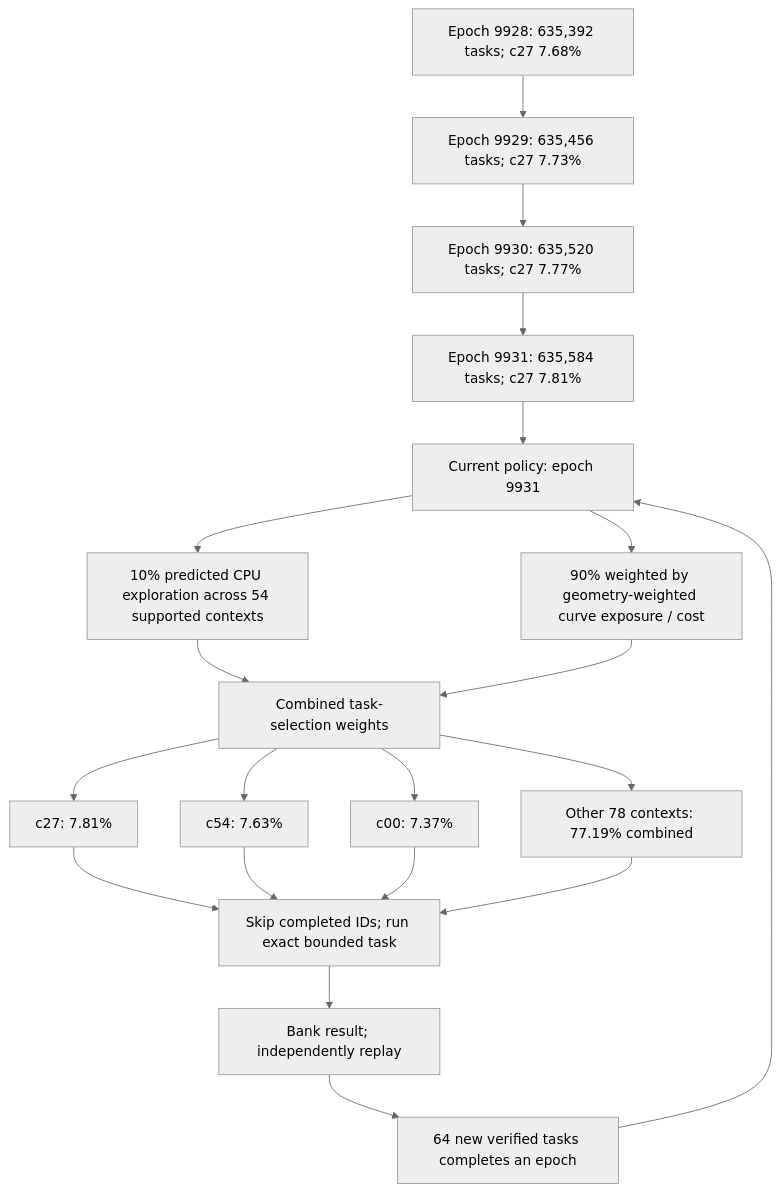
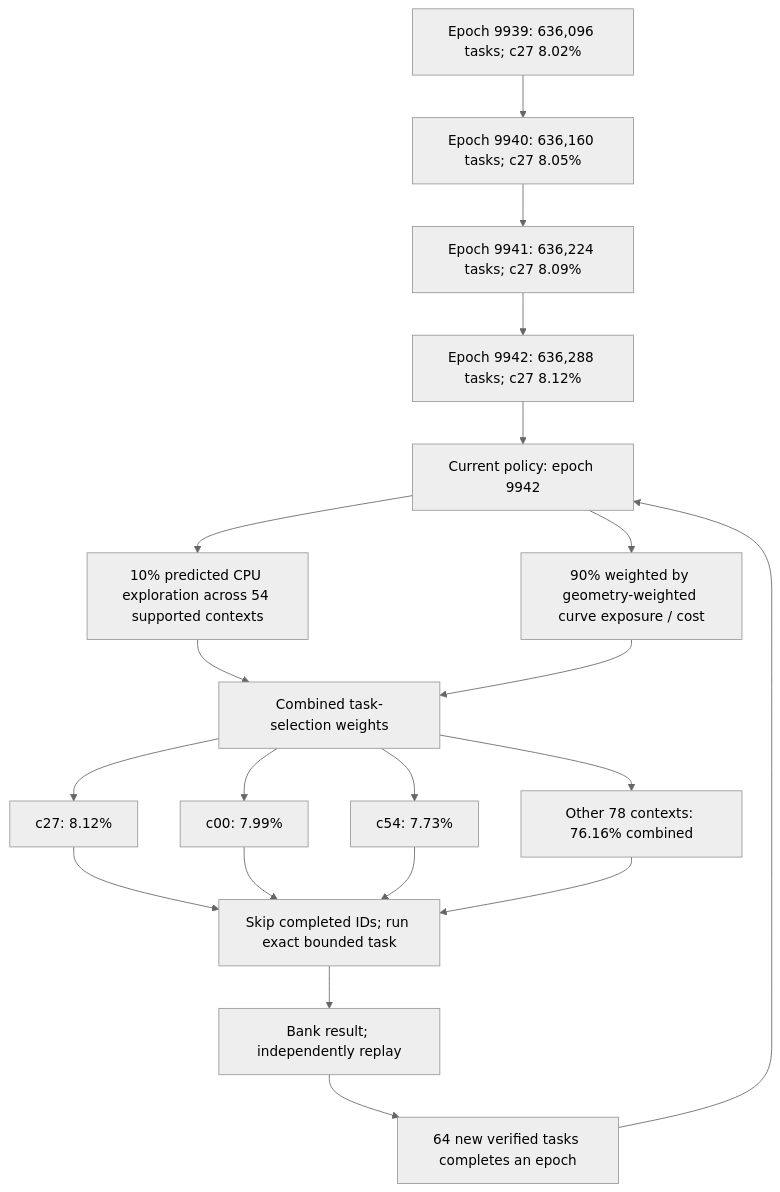
One commit to Kuberwastaken/math-gambling changed the first of 4 diagrams in README.md. Above: the diagram before and after it, drawn with Mermaid (neutral theme). The commit also changed other lines of this file and 1603 other files, not shown here.

````diff
--- a/README.md
+++ b/README.md
@@ -60,27 +60,27 @@
 ```mermaid
 flowchart TD
-    H0["Epoch 9928: 635,392 tasks; c27 7.68%"]
-    H1["Epoch 9929: 635,456 tasks; c27 7.73%"]
+    H0["Epoch 9939: 636,096 tasks; c27 8.02%"]
+    H1["Epoch 9940: 636,160 tasks; c27 8.05%"]
     H0 --> H1
-    H2["Epoch 9930: 635,520 tasks; c27 7.77%"]
+    H2["Epoch 9941: 636,224 tasks; c27 8.09%"]
     H1 --> H2
-    H3["Epoch 9931: 635,584 tasks; c27 7.81%"]
+    H3["Epoch 9942: 636,288 tasks; c27 8.12%"]
     H2 --> H3
-    Policy["Current policy: epoch 9931"]
+    Policy["Current policy: epoch 9942"]
     H3 --> Policy
     Policy --> Explore["10% predicted CPU exploration across 54 supported contexts"]
     Policy --> Cost["90% weighted by geometry-weighted curve exposure / cost"]
     Explore --> Mix["Combined task-selection weights"]
     Cost --> Mix
-    Mix --> C0["c27: 7.81%"]
-    Mix --> C1["c54: 7.63%"]
-    Mix --> C2["c00: 7.37%"]
-    Mix --> Rest["Other 78 contexts: 77.19% combined"]
+    Mix --> C0["c27: 8.12%"]
+    Mix --> C1["c00: 7.99%"]
+    Mix --> C2["c54: 7.73%"]
+    Mix --> Rest["Other 78 contexts: 76.16% combined"]
     C0 --> Check["Skip completed IDs; run exact bounded task"]
     C1 --> Check
     C2 --> Check
     Rest --> Check
     Check --> Replay["Bank result; independently replay"]
     Replay --> Gate["64 new verified tasks completes an epoch"]
     Gate --> Policy
 ```
````
